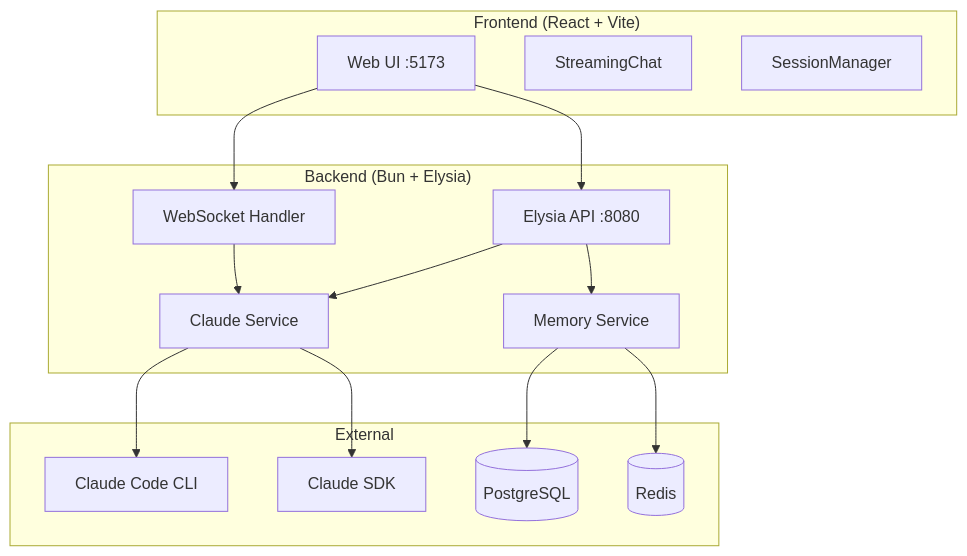
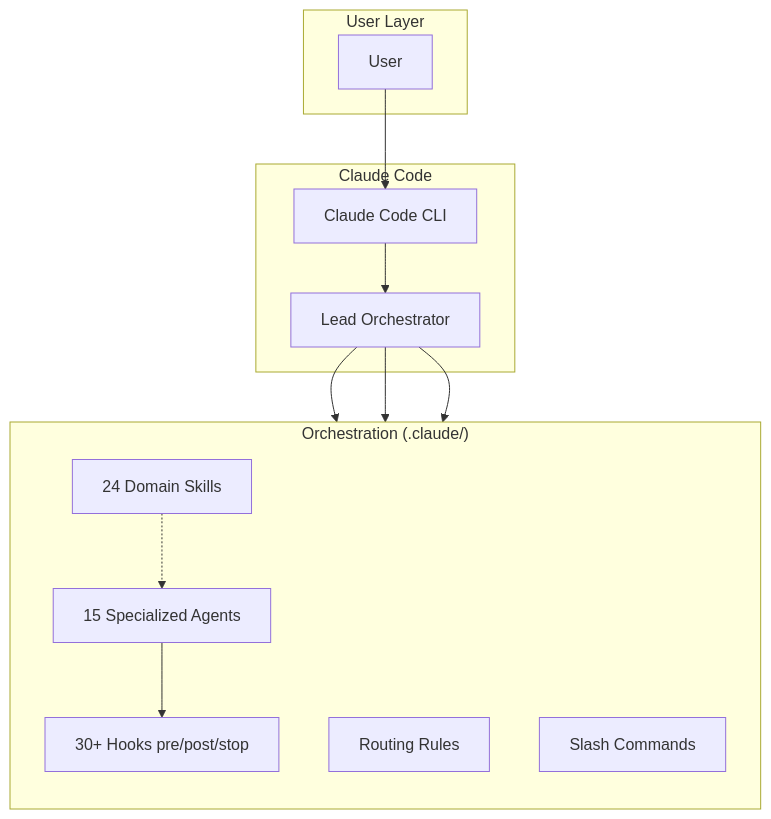
One commit to MaciWP/claude-code-poneglyph changed the first of 2 diagrams in .claude/agent_docs/architecture.md. Above: the diagram before and after it, drawn with Mermaid. The commit also changed other lines of this file and 15 other files, not shown here.

````diff
--- a/.claude/agent_docs/architecture.md
+++ b/.claude/agent_docs/architecture.md
@@ -9,32 +9,28 @@
 ```mermaid
 graph TD
-    subgraph "Frontend (React + Vite)"
-        Web[Web UI :5173]
-        Chat[StreamingChat]
-        Sessions[SessionManager]
+    subgraph "User Layer"
+        U[User]
     end
 
-    subgraph "Backend (Bun + Elysia)"
-        API[Elysia API :8080]
-        WS[WebSocket Handler]
-        Claude[Claude Service]
-        Memory[Memory Service]
+    subgraph "Claude Code"
+        CC[Claude Code CLI]
+        Lead[Lead Orchestrator]
     end
 
-    subgraph "External"
-        CLI[Claude Code CLI]
-        SDK[Claude SDK]
-        DB[(PostgreSQL)]
-        Redis[(Redis)]
+    subgraph "Orchestration (.claude/)"
+        direction TB
+        Agents[15 Specialized Agents]
+        Skills[24 Domain Skills]
+        Hooks[30+ Hooks pre/post/stop]
+        Rules[Routing Rules]
+        Commands[Slash Commands]
     end
 
-    Web --> API
-    Web --> WS
-    API --> Claude
-    WS --> Claude
-    Claude --> CLI
-    Claude --> SDK
-    API --> Memory
-    Memory --> DB
-    Memory --> Redis
+    U --> CC
+    CC --> Lead
+    Lead --> Agents
+    Lead --> Skills
+    Lead --> Rules
+    Agents --> Hooks
+    Skills -.-> Agents
 ```
````
